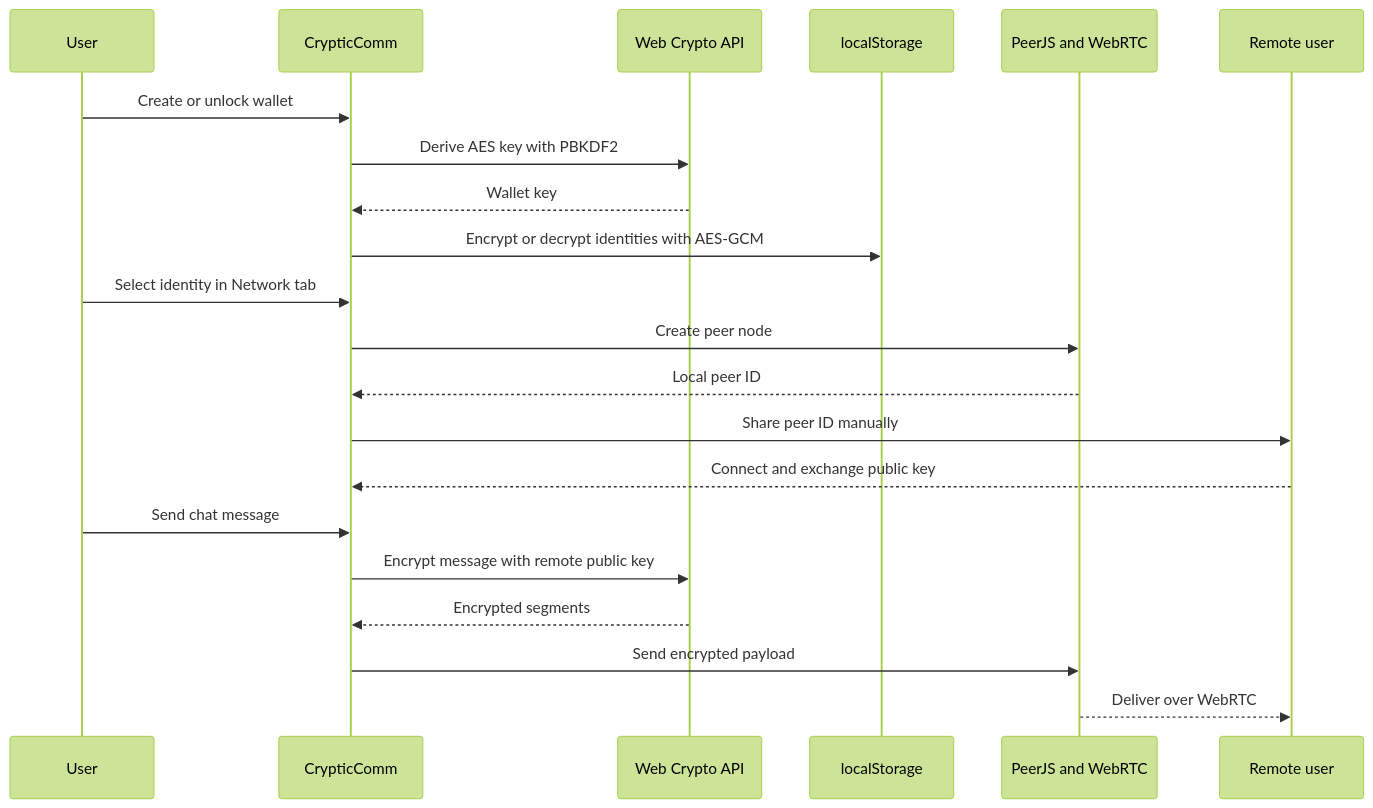
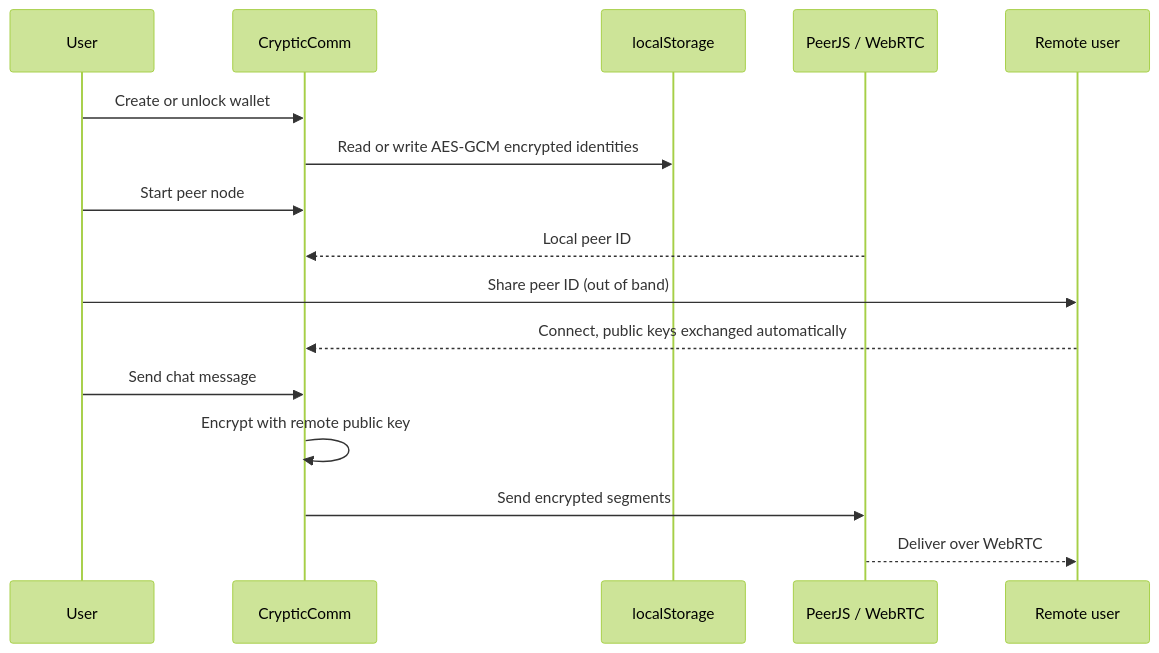
Before and after one commit to rsvptr/crypticcomm: the second of 2 diagrams in README.md, drawn with Mermaid (forest theme). The commit also changed other lines of this file and 30 other files, not shown here.

````diff
--- a/README.md
+++ b/README.md
@@ -172,26 +84,21 @@
 ```mermaid
 sequenceDiagram
     participant U as User
     participant App as CrypticComm
-    participant Crypto as Web Crypto API
     participant Store as localStorage
-    participant Peer as PeerJS and WebRTC
+    participant Peer as PeerJS / WebRTC
     participant Remote as Remote user
 
     U->>App: Create or unlock wallet
-    App->>Crypto: Derive AES key with PBKDF2
-    Crypto-->>App: Wallet key
-    App->>Store: Encrypt or decrypt identities with AES-GCM
+    App->>Store: Read or write AES-GCM encrypted identities
 
-    U->>App: Select identity in Network tab
-    App->>Peer: Create peer node
+    U->>App: Start peer node
     Peer-->>App: Local peer ID
-    App->>Remote: Share peer ID manually
-    Remote-->>App: Connect and exchange public key
+    U->>Remote: Share peer ID (out of band)
+    Remote-->>App: Connect, public keys exchanged automatically
 
     U->>App: Send chat message
-    App->>Crypto: Encrypt message with remote public key
-    Crypto-->>App: Encrypted segments
-    App->>Peer: Send encrypted payload
+    App->>App: Encrypt with remote public key
+    App->>Peer: Send encrypted segments
     Peer-->>Remote: Deliver over WebRTC
 ```
````
